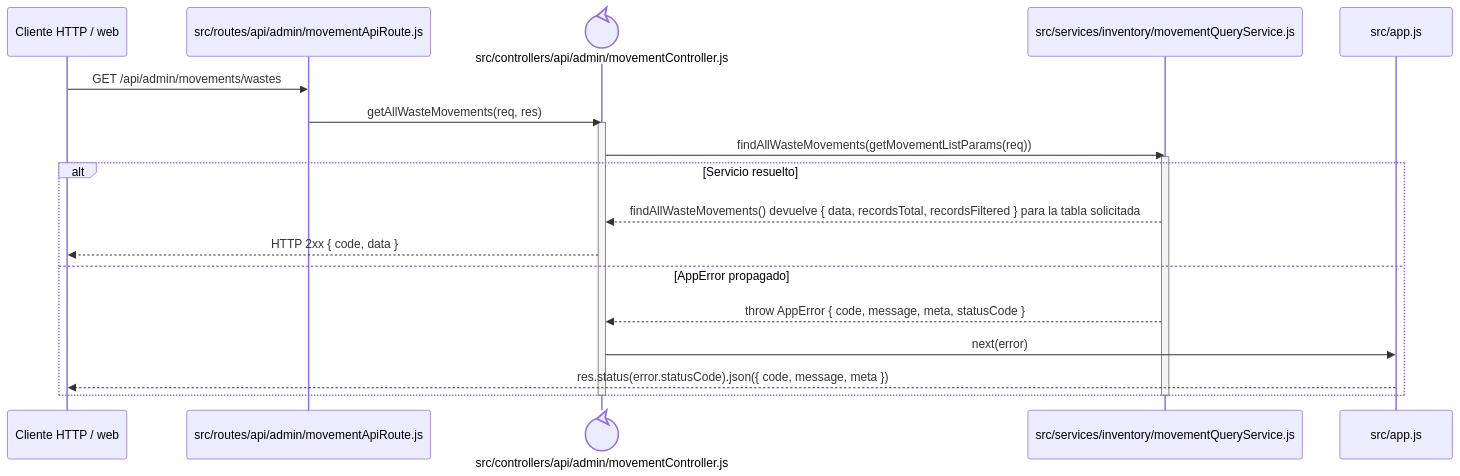
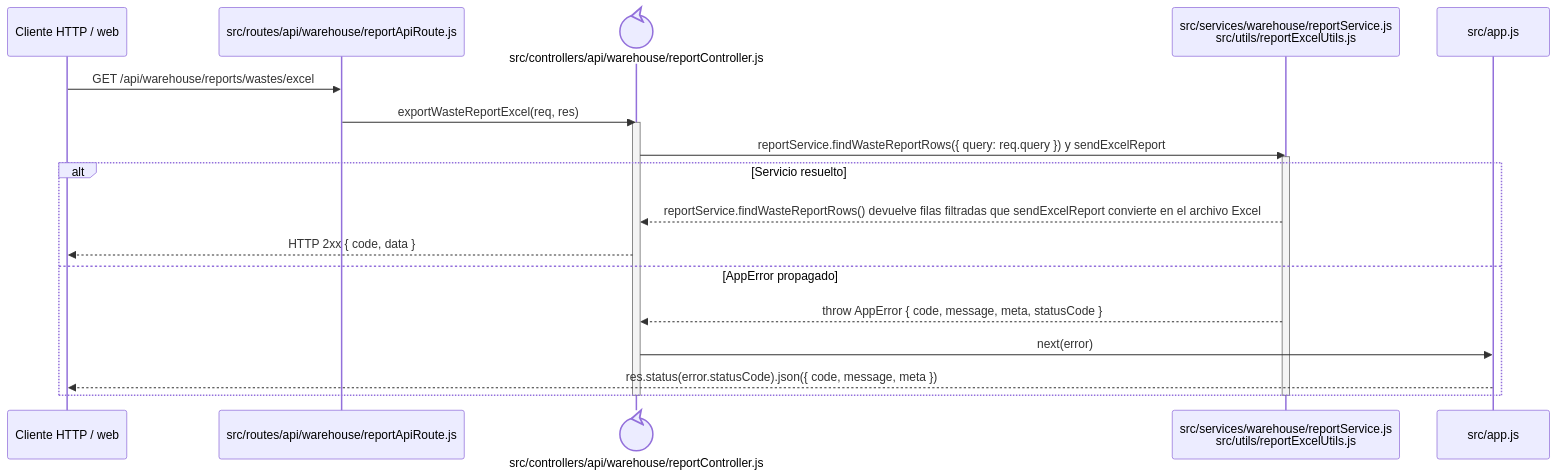
Before and after one commit to gpgsistemas01/nexus: the diagram in docs/architecture/backend-code-sequences/catalogs/cu-alm-14.md, drawn with Mermaid. The commit also changed other lines of this file and 51 other files, not shown here.

````diff
--- a/docs/architecture/backend-code-sequences/catalogs/cu-alm-14.md
+++ b/docs/architecture/backend-code-sequences/catalogs/cu-alm-14.md
@@ -6,24 +6,24 @@
 ```mermaid
 sequenceDiagram
     participant Client as Cliente HTTP / web
-    participant Route as src/routes/api/admin/movementApiRoute.js
-    participant Controller@{ "type": "control" } as src/controllers/api/admin/movementController.js
-    participant Domain as src/services/inventory/movementQueryService.js
+    participant Route as src/routes/api/warehouse/reportApiRoute.js
+    participant Controller@{ "type": "control" } as src/controllers/api/warehouse/reportController.js
+    participant Domain as src/services/warehouse/reportService.js<br/>src/utils/reportExcelUtils.js
     participant ErrorHandler as src/app.js
 
-    Client->>Route: GET /api/admin/movements/wastes
-    Route->>Controller: getAllWasteMovements(req, res)
+    Client->>Route: GET /api/warehouse/reports/wastes/excel
+    Route->>Controller: exportWasteReportExcel(req, res)
     activate Controller
-    Controller->>Domain: findAllWasteMovements(getMovementListParams(req))
+    Controller->>Domain: reportService.findWasteReportRows({ query: req.query }) y sendExcelReport
     activate Domain
     alt Servicio resuelto
-        Domain-->>Controller: findAllWasteMovements() devuelve { data, recordsTotal, recordsFiltered } para la tabla solicitada
+        Domain-->>Controller: reportService.findWasteReportRows() devuelve filas filtradas que sendExcelReport convierte en el archivo Excel
         Controller-->>Client: HTTP 2xx { code, data }
     else AppError propagado
         Domain-->>Controller: throw AppError { code, message, meta, statusCode }
         Controller->>ErrorHandler: next(error)
         ErrorHandler-->>Client: res.status(error.statusCode).json({ code, message, meta })
     end
     deactivate Domain
     deactivate Controller
 ```
````
